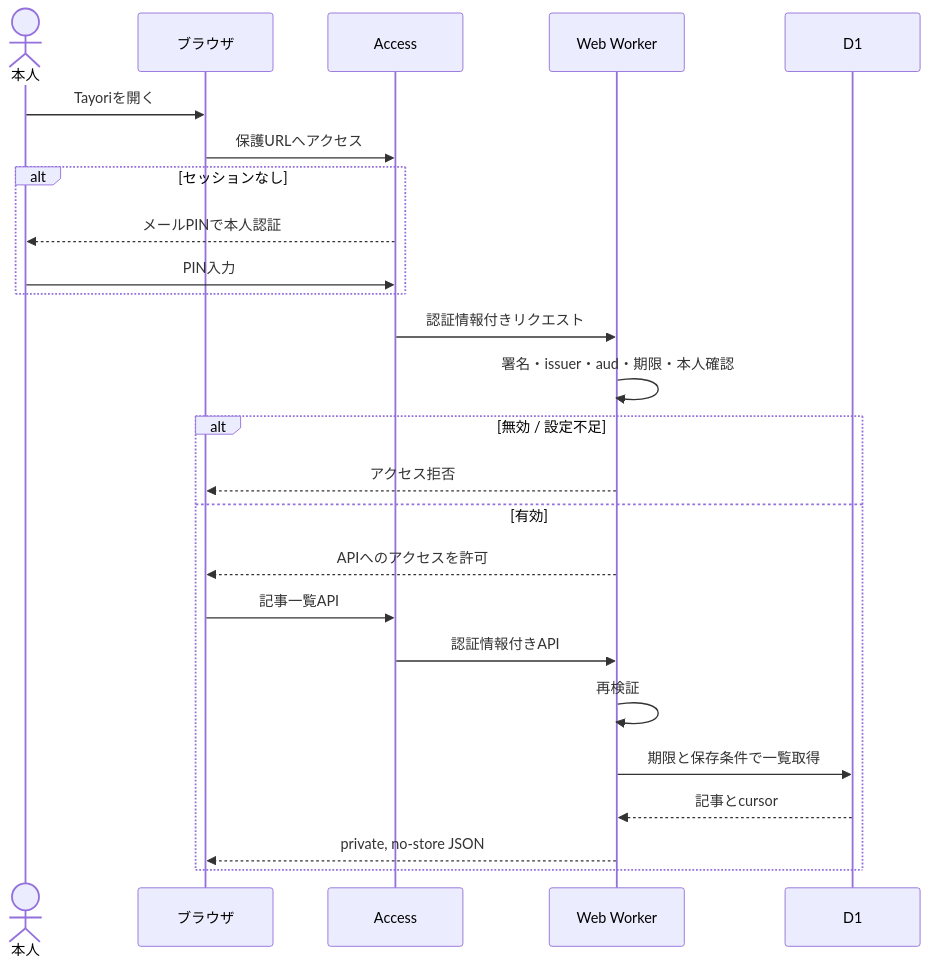
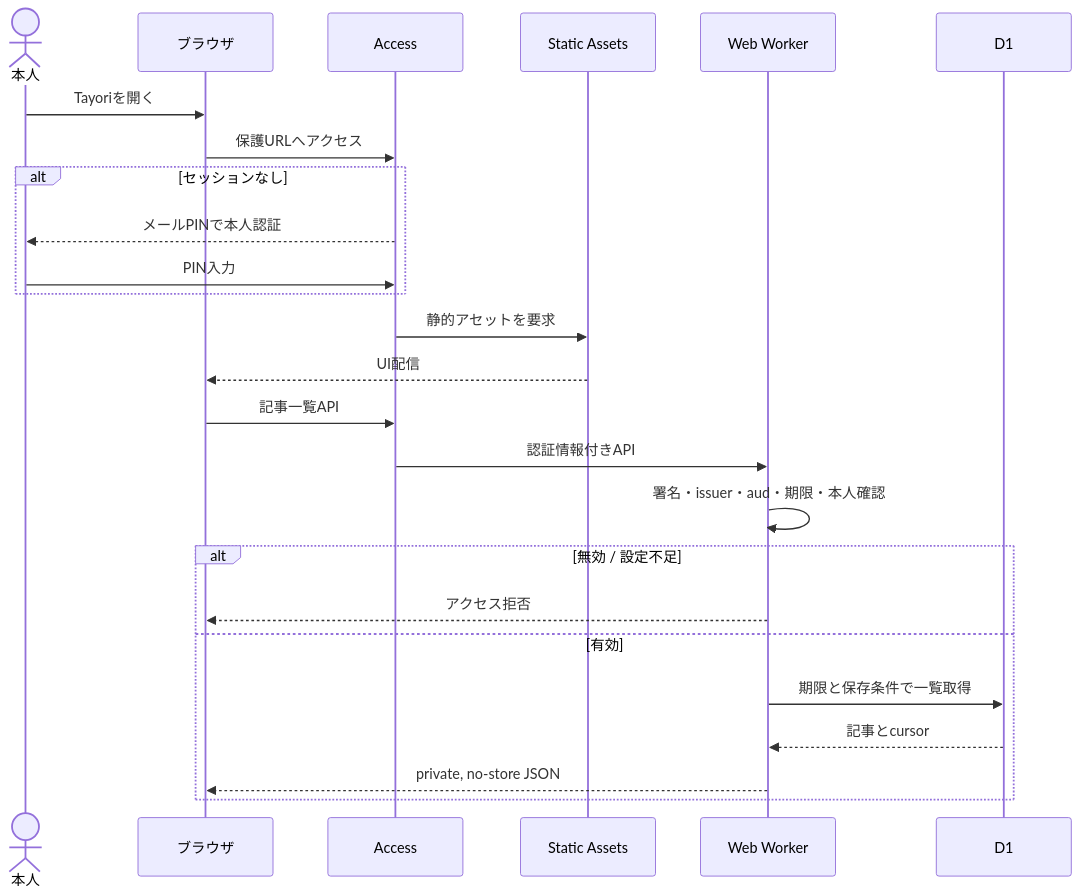
The first of 4 diagrams in docs/06-sequences.md (moz-sec/tayori), drawn with Mermaid before and after one commit. The commit also changed other lines of this file and 5 other files, not shown here.

````diff
--- a/docs/06-sequences.md
+++ b/docs/06-sequences.md
@@ -7,27 +7,27 @@
 ```mermaid
 sequenceDiagram
     actor U as 本人
     participant B as ブラウザ
     participant A as Access
+    participant S as Static Assets
     participant W as Web Worker
     participant D as D1
     U->>B: Tayoriを開く
     B->>A: 保護URLへアクセス
     alt セッションなし
         A-->>U: メールPINで本人認証
         U->>A: PIN入力
     end
-    A->>W: 認証情報付きリクエスト
+    A->>S: 静的アセットを要求
+    S-->>B: UI配信
+    B->>A: 記事一覧API
+    A->>W: 認証情報付きAPI
     W->>W: 署名・issuer・aud・期限・本人確認
     alt 無効 / 設定不足
         W-->>B: アクセス拒否
     else 有効
-        W-->>B: APIへのアクセスを許可
-        B->>A: 記事一覧API
-        A->>W: 認証情報付きAPI
-        W->>W: 再検証
         W->>D: 期限と保存条件で一覧取得
         D-->>W: 記事とcursor
         W-->>B: private, no-store JSON
     end
 ```
````
